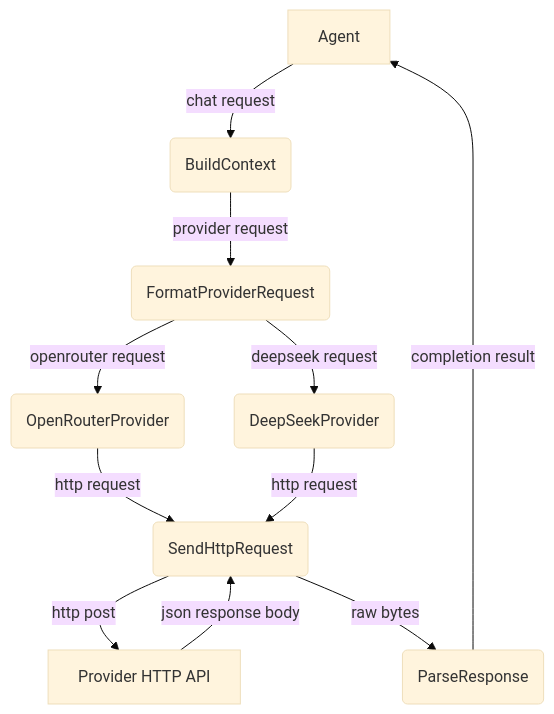
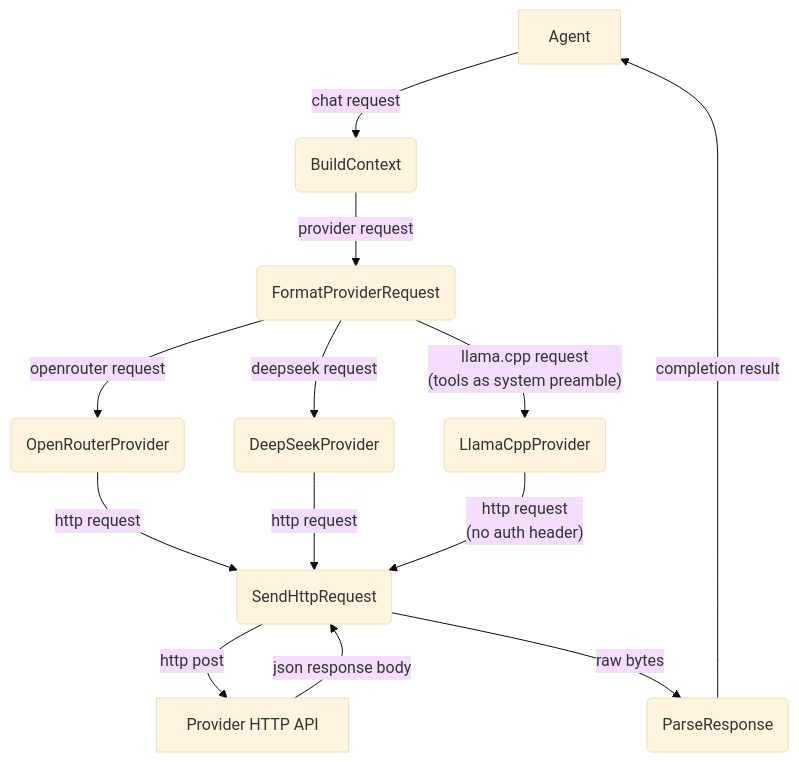
One commit to cosmoswafer/rockbot changed the first of 3 diagrams in _dfd/ai/ai-provider.md. Above: the diagram before and after it, drawn with Mermaid (base theme). The commit also changed other lines of this file and 6 other files, not shown here.

First line of the commit message:
dfd: add llama.cpp chat provider and Matrix client support

````diff
--- a/_dfd/ai/ai-provider.md
+++ b/_dfd/ai/ai-provider.md
@@ -23,22 +47,25 @@
 ```mermaid
 flowchart TD
     AGENT[Agent]
     BUILD(BuildContext)
     FORMAT(FormatProviderRequest)
     OPENROUTER(OpenRouterProvider)
     DEEPSEEK(DeepSeekProvider)
+    LLAMA(LlamaCppProvider)
     HTTP(SendHttpRequest)
     PARSE(ParseResponse)
     PROVIDER_API[Provider HTTP API]
 
     AGENT -->|"chat request"| BUILD
     BUILD -->|"provider request"| FORMAT
     FORMAT -->|"openrouter request"| OPENROUTER
     FORMAT -->|"deepseek request"| DEEPSEEK
+    FORMAT -->|"llama.cpp request<br/>(tools as system preamble)"| LLAMA
     OPENROUTER -->|"http request"| HTTP
     DEEPSEEK -->|"http request"| HTTP
+    LLAMA -->|"http request<br/>(no auth header)"| HTTP
     HTTP -->|"http post"| PROVIDER_API
     PROVIDER_API -->|"json response body"| HTTP
     HTTP -->|"raw bytes"| PARSE
     PARSE -->|"completion result"| AGENT
 ```
````
